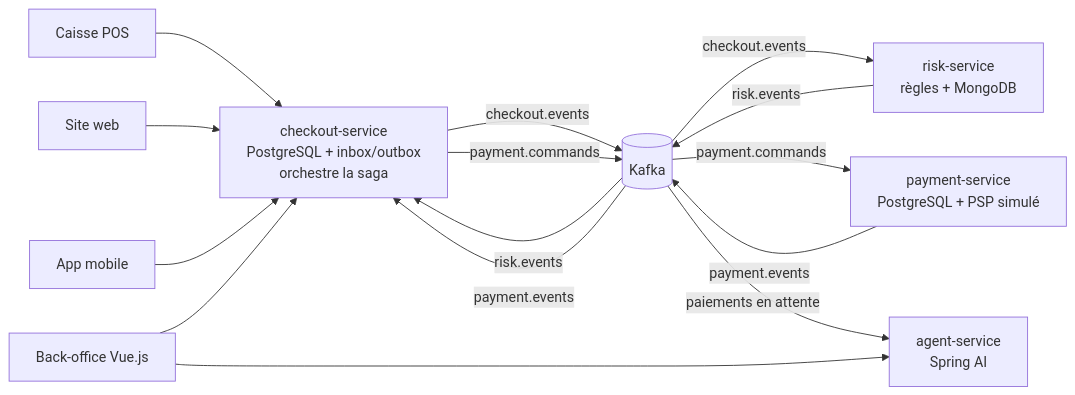
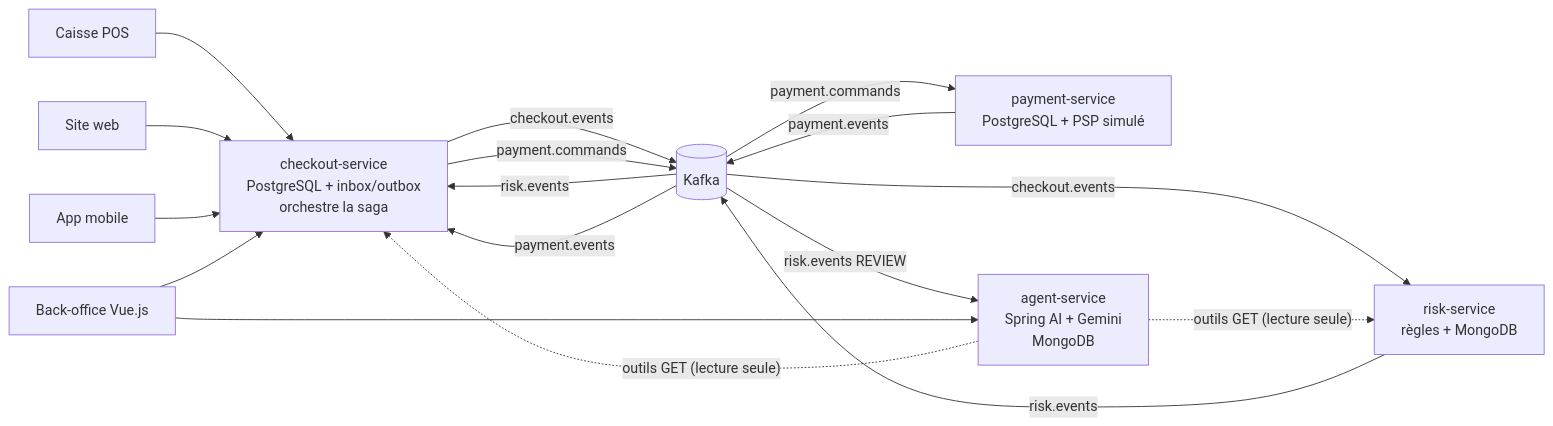
One commit to omarboukherys/smart-checkout-ai changed the first of 2 diagrams in README.md. Above: the diagram before and after it, drawn with Mermaid. The commit also changed other lines of this file and 14 other files, not shown here.

Commit message:
feat(agent): fallback model, bounded Gemini calls, integration test without AI, ADR 0006

````diff
--- a/README.md
+++ b/README.md
@@ -11,17 +11,19 @@
 ```mermaid
 flowchart LR
     POS[Caisse POS] --> CS
     WEB[Site web] --> CS
     MOB[App mobile] --> CS
     CS[checkout-service<br/>PostgreSQL + inbox/outbox<br/>orchestre la saga] -- checkout.events --> K[(Kafka)]
     K -- checkout.events --> RS[risk-service<br/>règles + MongoDB]
     RS -- risk.events --> K
     K -- risk.events --> CS
     CS -- payment.commands --> K
     K -- payment.commands --> PS[payment-service<br/>PostgreSQL + PSP simulé]
     PS -- payment.events --> K
     K -- payment.events --> CS
-    K -- paiements en attente --> AG[agent-service<br/>Spring AI]
+    K -- risk.events REVIEW --> AG[agent-service<br/>Spring AI + Gemini<br/>MongoDB]
+    AG -. "outils GET (lecture seule)" .-> RS
+    AG -. "outils GET (lecture seule)" .-> CS
     BO[Back-office Vue.js] --> CS
     BO --> AG
 ```
````
